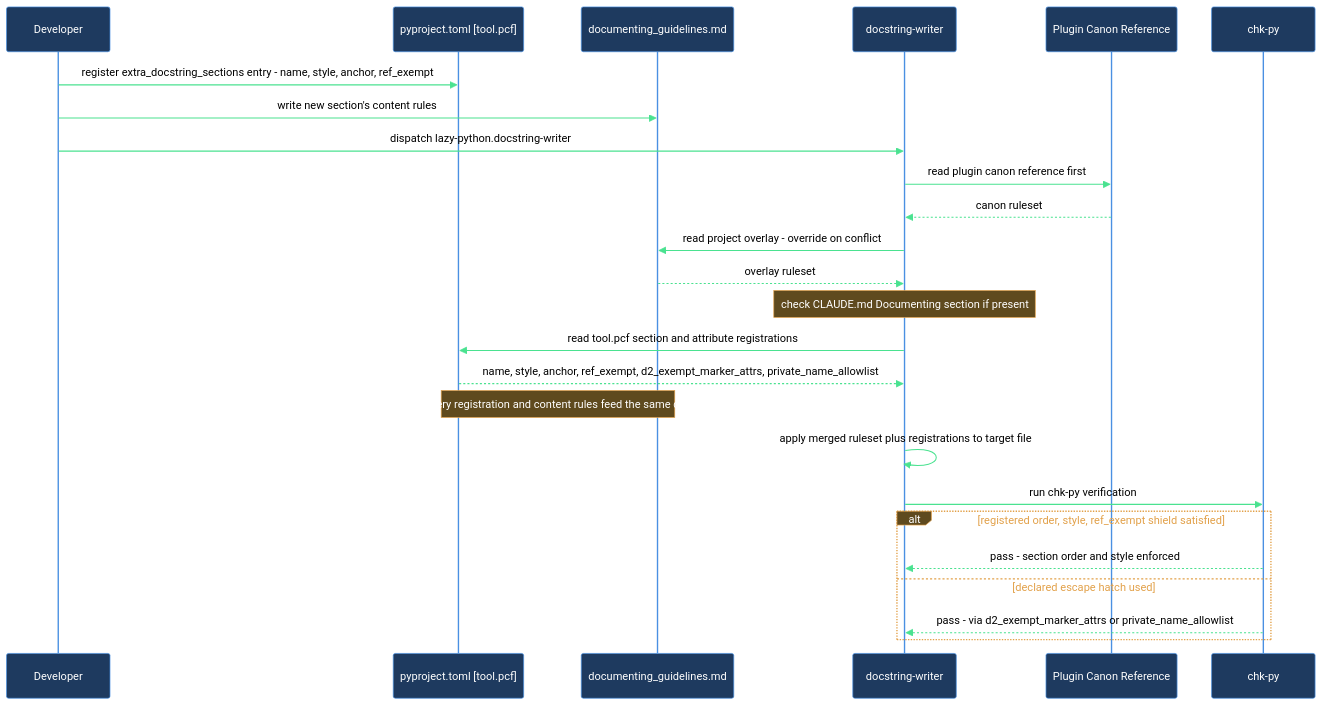
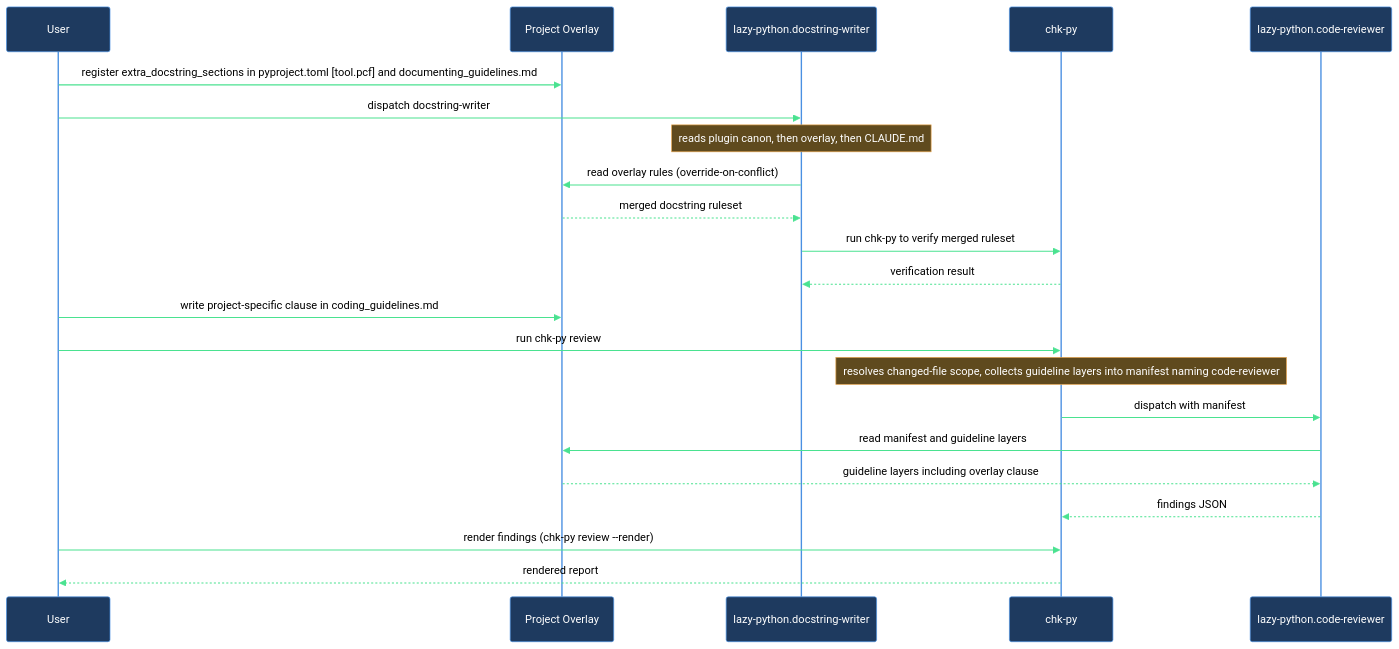
The diagram in claude/lazycortex-python/help/walkthroughs/add-project-overlay.md (mebius-san/lazy-cortex), drawn with Mermaid before and after one commit. The commit also changed other lines of this file and 36 other files, not shown here.

````diff
--- a/claude/lazycortex-python/help/walkthroughs/add-project-overlay.md
+++ b/claude/lazycortex-python/help/walkthroughs/add-project-overlay.md
@@ -163,29 +154,27 @@
 ```mermaid
 %%{init: {'themeVariables':{'background':'transparent','primaryColor':'#1e3a5f','primaryBorderColor':'#4a90e2','primaryTextColor':'#fff','lineColor':'#4ae290','actorBkg':'#1e3a5f','actorBorder':'#4a90e2','actorTextColor':'#fff','actorLineColor':'#4a90e2','signalColor':'#4ae290','signalTextColor':'#000','noteBkgColor':'#5f4a1e','noteBorderColor':'#e2a14a','noteTextColor':'#fff','labelBoxBkgColor':'#5f4a1e','labelBoxBorderColor':'#e2a14a','labelTextColor':'#fff','loopTextColor':'#e2a14a'},'sequence':{'diagramPadding':5,'useMaxWidth':true}}}%%
 sequenceDiagram
-  participant user as Developer
-  participant pyprojectToml as pyproject.toml [tool.pcf]
-  participant overlay as documenting_guidelines.md
-  participant writer as docstring-writer
-  participant canon as Plugin Canon Reference
+  participant user as User
+  participant overlay as Project Overlay
+  participant docstringWriter as lazy-python.docstring-writer
   participant chkPy as chk-py
+  participant codeReviewer as lazy-python.code-reviewer
 
-  user->>pyprojectToml: register extra_docstring_sections entry - name, style, anchor, ref_exempt
-  user->>overlay: write new section's content rules
-  user->>writer: dispatch lazy-python.docstring-writer
-  writer->>canon: read plugin canon reference first
-  canon-->>writer: canon ruleset
-  writer->>overlay: read project overlay - override on conflict
-  overlay-->>writer: overlay ruleset
-  Note over writer: check CLAUDE.md Documenting section if present
-  writer->>pyprojectToml: read tool.pcf section and attribute registrations
-  pyprojectToml-->>writer: name, style, anchor, ref_exempt, d2_exempt_marker_attrs, private_name_allowlist
-  Note over pyprojectToml,overlay: machinery registration and content rules feed the same dispatch
-  writer->>writer: apply merged ruleset plus registrations to target file
-  writer->>chkPy: run chk-py verification
-  alt registered order, style, ref_exempt shield satisfied
-    chkPy-->>writer: pass - section order and style enforced
-  else declared escape hatch used
-    chkPy-->>writer: pass - via d2_exempt_marker_attrs or private_name_allowlist
-  end
+  user->>overlay: register extra_docstring_sections in pyproject.toml [tool.pcf] and documenting_guidelines.md
+  user->>docstringWriter: dispatch docstring-writer
+  Note over docstringWriter: reads plugin canon, then overlay, then CLAUDE.md
+  docstringWriter->>overlay: read overlay rules (override-on-conflict)
+  overlay-->>docstringWriter: merged docstring ruleset
+  docstringWriter->>chkPy: run chk-py to verify merged ruleset
+  chkPy-->>docstringWriter: verification result
+
+  user->>overlay: write project-specific clause in coding_guidelines.md
+  user->>chkPy: run chk-py review
+  Note over chkPy: resolves changed-file scope, collects guideline layers into manifest naming code-reviewer
+  chkPy->>codeReviewer: dispatch with manifest
+  codeReviewer->>overlay: read manifest and guideline layers
+  overlay-->>codeReviewer: guideline layers including overlay clause
+  codeReviewer-->>chkPy: findings JSON
+  user->>chkPy: render findings (chk-py review --render)
+  chkPy-->>user: rendered report
 ```
````
